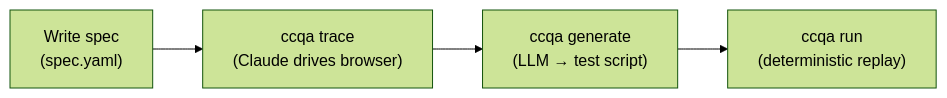
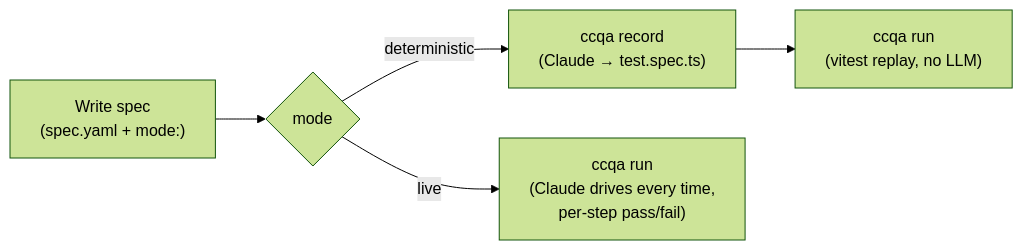
Before and after one commit to shibukazu/ccqa: the diagram in README.md, drawn with Mermaid (forest theme). The commit also changed other lines of this file and 37 other files, not shown here.

Commit message:
feat(run): per-spec mode dispatcher + unified failure analysis (#49 / #47) (#54)

````diff
--- a/README.md
+++ b/README.md
@@ -11,6 +18,7 @@
 ```mermaid
 flowchart LR
-    A["Write spec\n(spec.yaml)"] --> B["ccqa trace\n(Claude drives browser)"]
-    B --> C["ccqa generate\n(LLM → test script)"]
-    C --> D["ccqa run\n(deterministic replay)"]
+    A["Write spec\n(spec.yaml + mode:)"] --> B{mode}
+    B -- deterministic --> C["ccqa record\n(Claude → test.spec.ts)"]
+    C --> D["ccqa run\n(vitest replay, no LLM)"]
+    B -- live --> E["ccqa run\n(Claude drives every time,\nper-step pass/fail)"]
 ```
````
